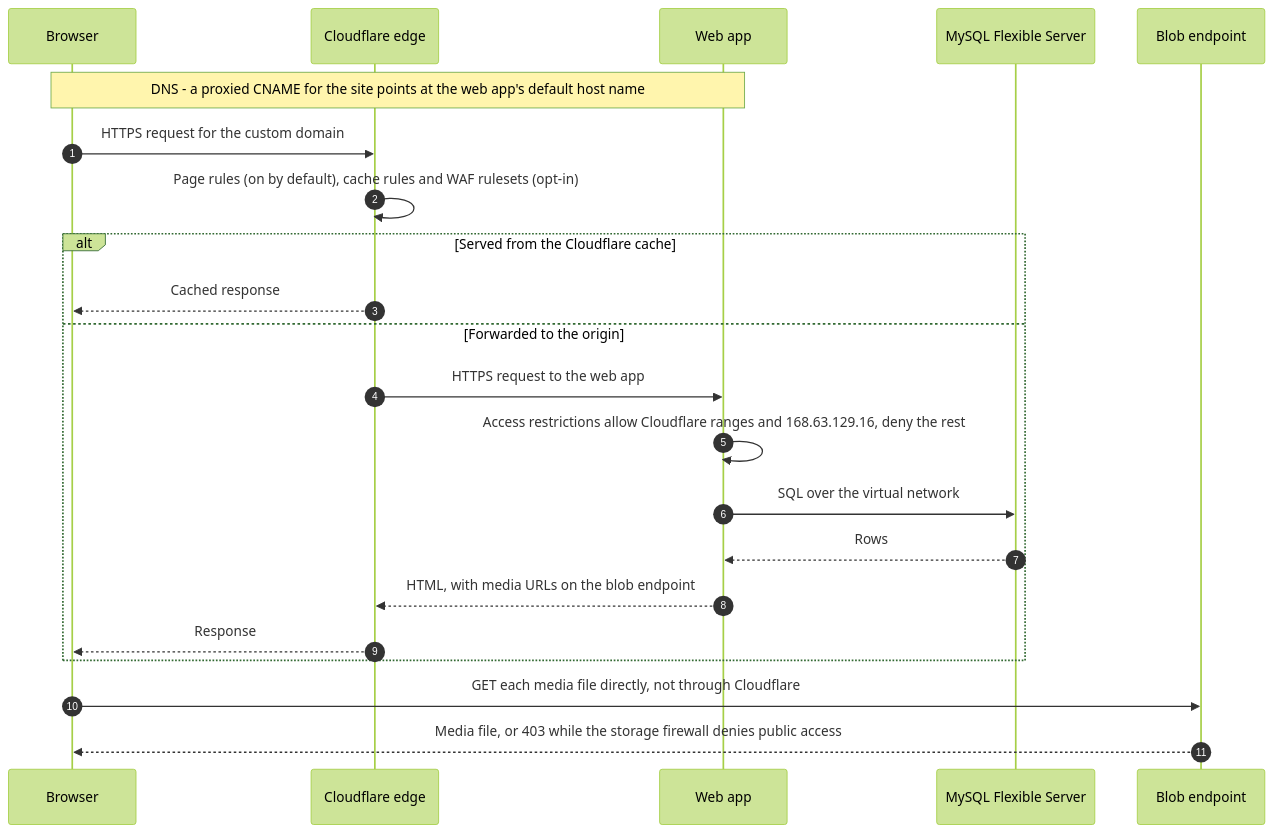
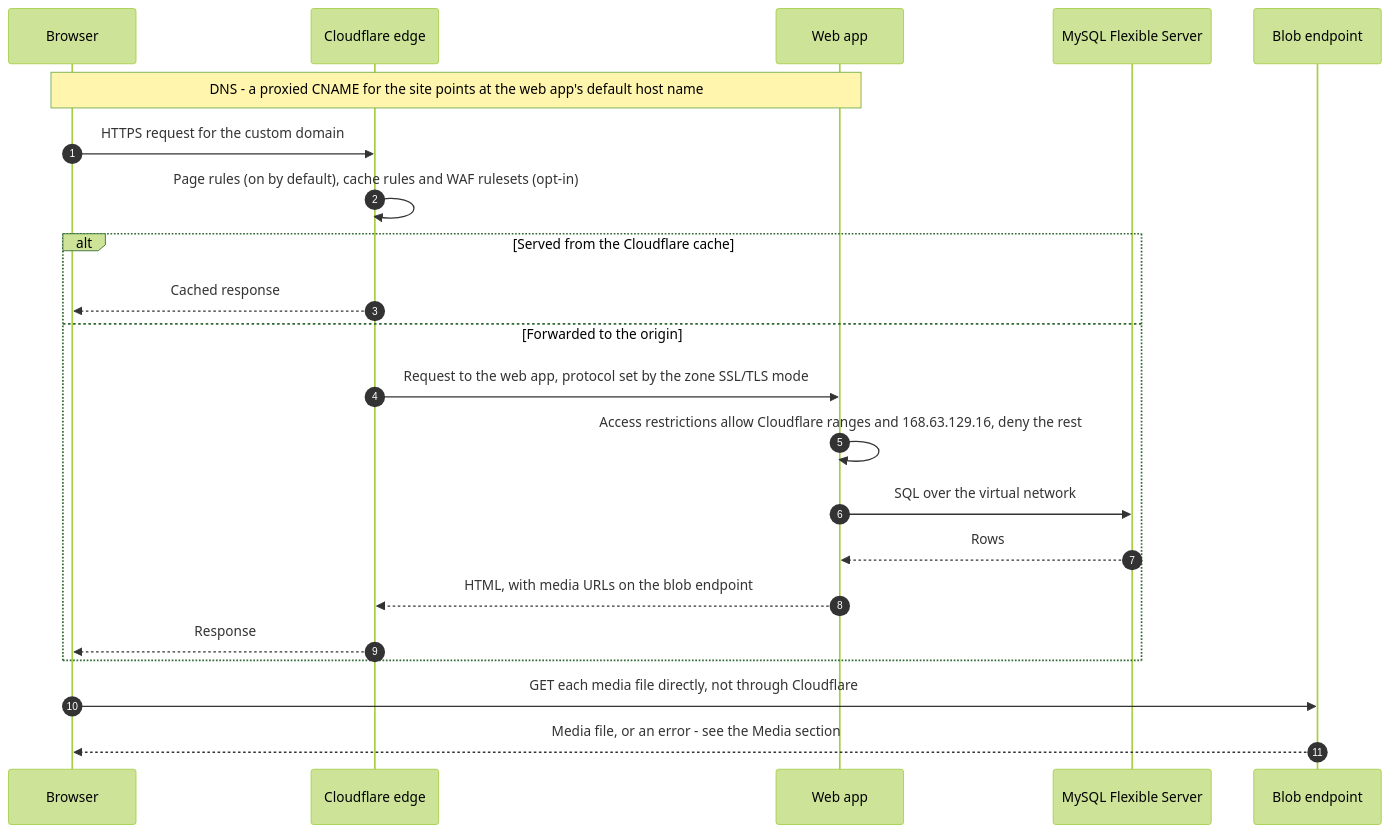
One commit to agenticcodingops/azure-wordpress changed the third of 7 diagrams in docs/architecture.md. Above: the diagram before and after it, drawn with Mermaid (forest theme). The commit also changed other lines of this file and 3 other files, not shown here.

First line of the commit message:
docs: correct architecture details found in an independent check

````diff
--- a/docs/architecture.md
+++ b/docs/architecture.md
@@ -204,25 +210,25 @@
 ```mermaid
 sequenceDiagram
     autonumber
     participant B as Browser
     participant CF as Cloudflare edge
     participant App as Web app
     participant DB as MySQL Flexible Server
     participant Blob as Blob endpoint
 
     Note over B,App: DNS - a proxied CNAME for the site points at the web app's default host name
     B->>CF: HTTPS request for the custom domain
     CF->>CF: Page rules (on by default), cache rules and WAF rulesets (opt-in)
     alt Served from the Cloudflare cache
         CF-->>B: Cached response
     else Forwarded to the origin
-        CF->>App: HTTPS request to the web app
+        CF->>App: Request to the web app, protocol set by the zone SSL/TLS mode
         App->>App: Access restrictions allow Cloudflare ranges and 168.63.129.16, deny the rest
         App->>DB: SQL over the virtual network
         DB-->>App: Rows
         App-->>CF: HTML, with media URLs on the blob endpoint
         CF-->>B: Response
     end
     B->>Blob: GET each media file directly, not through Cloudflare
-    Blob-->>B: Media file, or 403 while the storage firewall denies public access
+    Blob-->>B: Media file, or an error - see the Media section
 ```
````
